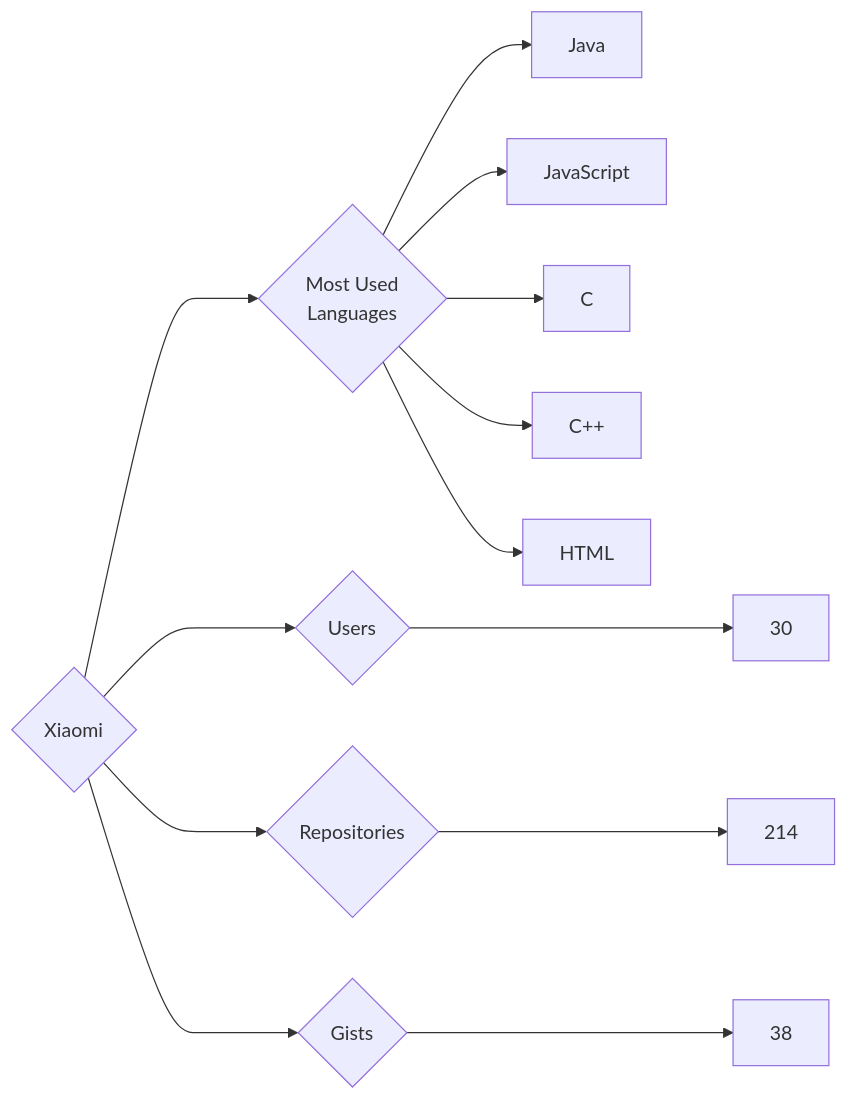
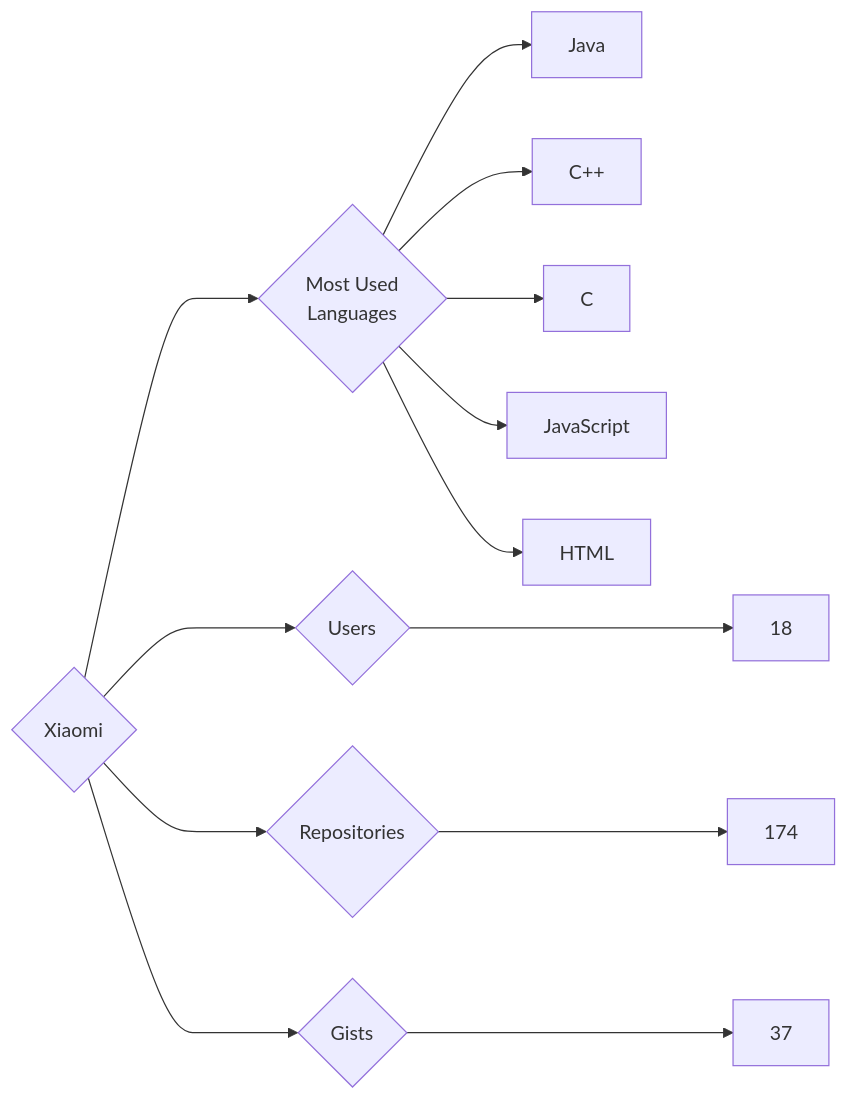
The diagram in targets/Xiaomi/README.md (trickest/insiders), drawn with Mermaid before and after one commit. The commit also changed 973 other files, not shown here.

````diff
--- a/targets/Xiaomi/README.md
+++ b/targets/Xiaomi/README.md
@@ -3,13 +3,13 @@
 ```mermaid
 graph LR
 COMPANY_NAME{Xiaomi}
-COMPANY_NAME ---> U{Users} ---> UN[30]
-COMPANY_NAME ---> R{Repositories} ---> RN[214]
-COMPANY_NAME ---> G{Gists} ---> GN[38]
+COMPANY_NAME ---> U{Users} ---> UN[18]
+COMPANY_NAME ---> R{Repositories} ---> RN[174]
+COMPANY_NAME ---> G{Gists} ---> GN[37]
 COMPANY_NAME ---> ML{Most Used<br>Languages}
 ML --> Java[Java]
+ML --> C++[C++]
+ML --> C[C]
 ML --> JavaScript[JavaScript]
-ML --> C[C]
-ML --> C++[C++]
 ML --> HTML[HTML]
 ```
````
